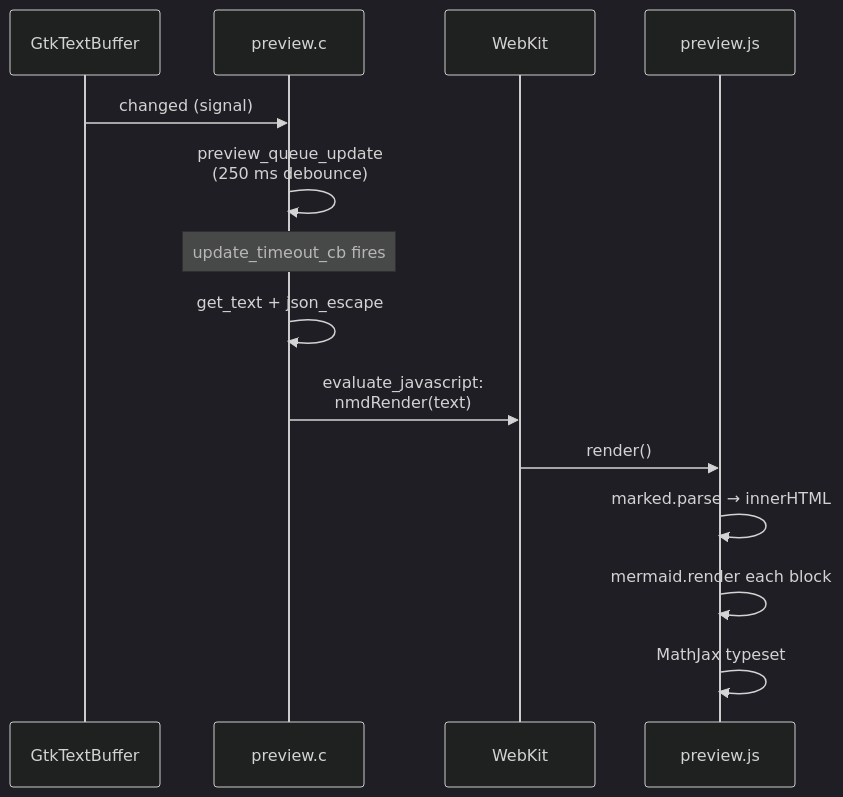
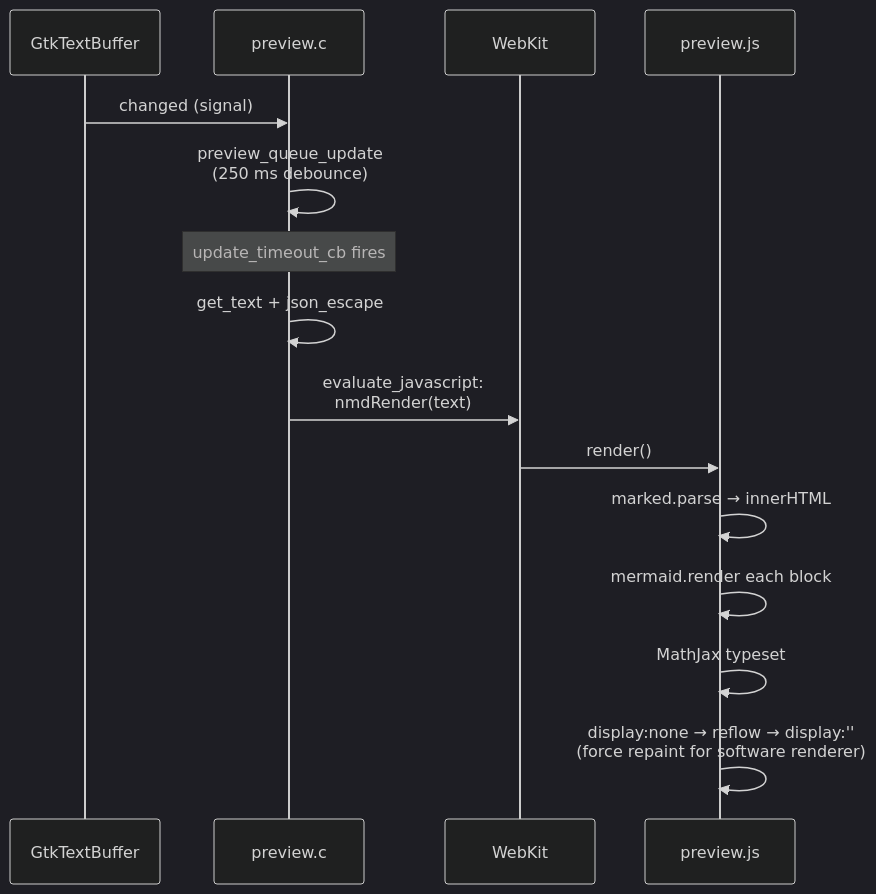
One commit to dkrse/notes-md changed the fifth of 8 diagrams in docs/diagrams.md. Above: the diagram before and after it, drawn with Mermaid (dark theme). The commit also changed other lines of this file and 10 other files, not shown here.

````diff
--- a/docs/diagrams.md
+++ b/docs/diagrams.md
@@ -98,16 +98,17 @@
 ```mermaid
 sequenceDiagram
     participant B as GtkTextBuffer
     participant P as preview.c
     participant WK as WebKit
     participant JS as preview.js
     B->>P: changed (signal)
     P->>P: preview_queue_update<br/>(250 ms debounce)
     Note over P: update_timeout_cb fires
     P->>P: get_text + json_escape
     P->>WK: evaluate_javascript:<br/>nmdRender(text)
     WK->>JS: render()
     JS->>JS: marked.parse → innerHTML
     JS->>JS: mermaid.render each block
     JS->>JS: MathJax typeset
+    JS->>JS: display:none → reflow → display:''<br/>(force repaint for software renderer)
 ```
````
